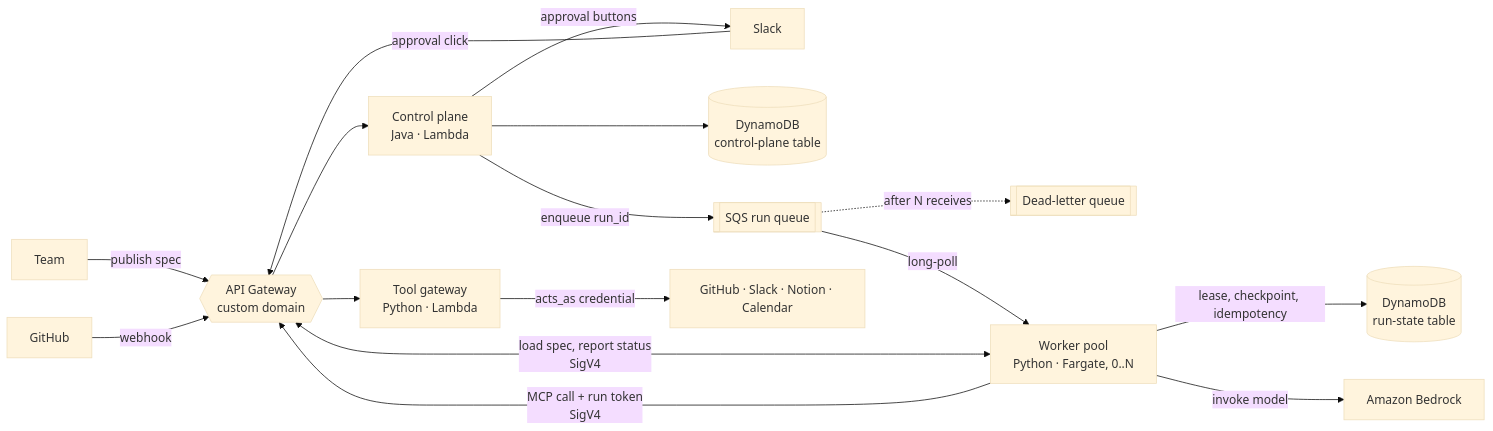
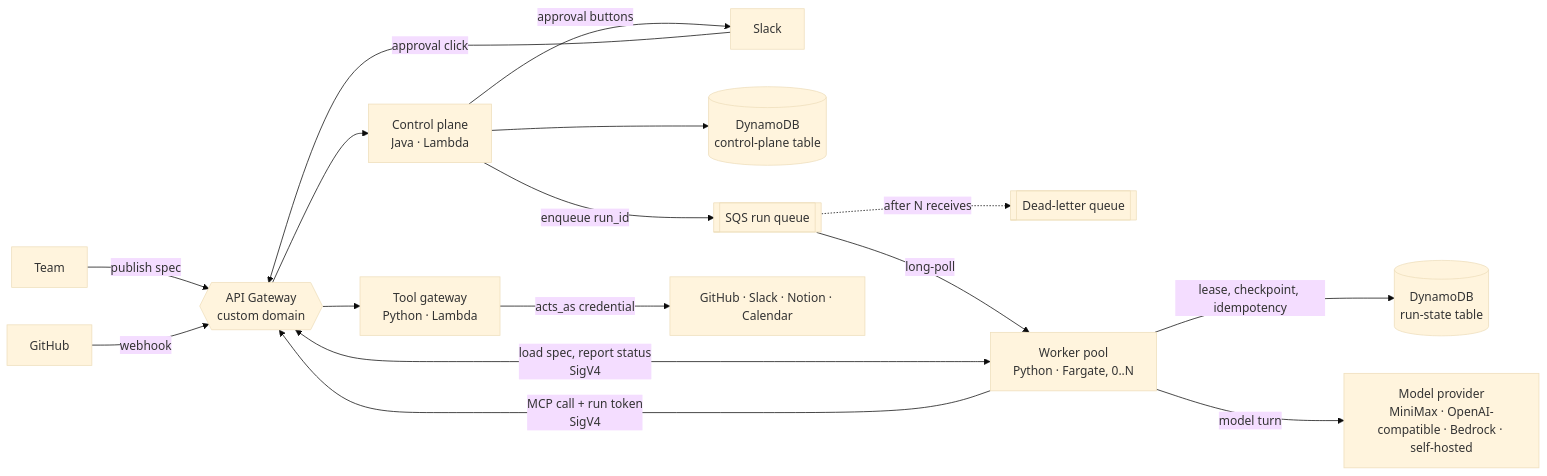
Before and after one commit to yuchia329/agent-builder-runtime-platform: the first of 2 diagrams in docs/architecture.md, drawn with Mermaid (base theme). The commit also changed other lines of this file and 33 other files, not shown here.

````diff
--- a/docs/architecture.md
+++ b/docs/architecture.md
@@ -8,18 +8,18 @@
 ```mermaid
 flowchart LR
   team[Team] -->|publish spec| API
   gh[GitHub] -->|webhook| API
   slack[Slack] -->|approval click| API
   API{{API Gateway<br/>custom domain}} --> CP
   CP[Control plane<br/>Java · Lambda] --> CPDB[(DynamoDB<br/>control-plane table)]
   CP -->|approval buttons| slack
   CP -->|enqueue run_id| Q[[SQS run queue]]
   Q -.->|after N receives| DLQ[[Dead-letter queue]]
   Q -->|long-poll| W[Worker pool<br/>Python · Fargate, 0..N]
   W <-->|load spec, report status<br/>SigV4| API
   W -->|lease, checkpoint, idempotency| DDB[(DynamoDB<br/>run-state table)]
-  W -->|invoke model| BR[Amazon Bedrock]
+  W -->|model turn| BR[Model provider<br/>MiniMax · OpenAI-compatible · Bedrock · self-hosted]
   W -->|MCP call + run token<br/>SigV4| API
   API --> GW[Tool gateway<br/>Python · Lambda]
   GW -->|acts_as credential| EXT[GitHub · Slack · Notion · Calendar]
 ```
````
